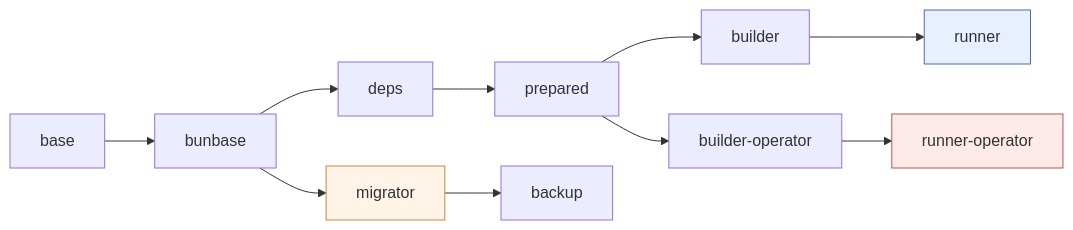
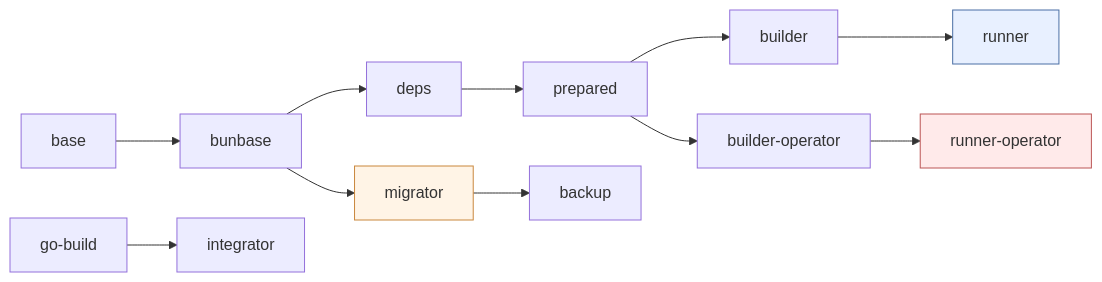
The second of 5 diagrams in docs/arsitektur/02-LAYANAN-INFRA.md (tri-evendi/sai-accounting), drawn with Mermaid before and after one commit. The commit also changed other lines of this file and 16 other files, not shown here.

````diff
--- a/docs/arsitektur/02-LAYANAN-INFRA.md
+++ b/docs/arsitektur/02-LAYANAN-INFRA.md
@@ -588,13 +611,14 @@
 ```mermaid
 graph LR
     BASE[base] --> BUN[bunbase]
     BUN --> DEPS[deps]
     DEPS --> PREP[prepared]
     PREP --> BUILD[builder] --> RUN[runner]
     PREP --> BUILDO[builder-operator] --> RUNO[runner-operator]
     BUN --> MIGR[migrator] --> BAK[backup]
+    GOB[go-build] --> INT[integrator]
 
     style RUN fill:#e8f0ff,stroke:#4a6fa5
     style RUNO fill:#ffeaea,stroke:#b55
     style MIGR fill:#fff4e6,stroke:#c9873d
 ```
````
